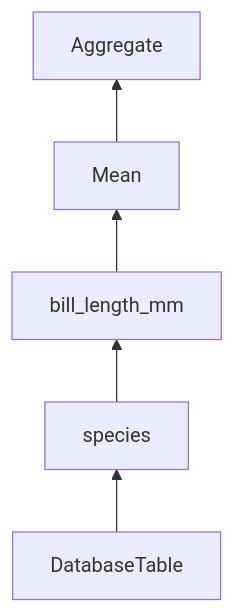
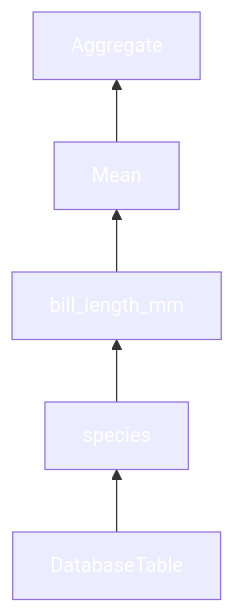
Before and after one commit to ibis-project/ibis: the second of 5 diagrams in docs/presentations/linkedin-meetup-2024-04-24.qmd, drawn with Mermaid. The commit also changed other lines of this file and 5 other files, not shown here.

````diff
--- a/docs/presentations/linkedin-meetup-2024-04-24.qmd
+++ b/docs/presentations/linkedin-meetup-2024-04-24.qmd
@@ -450,7 +444,16 @@
 ```{mermaid}
 graph BT
+  classDef white color:white;
+
   DatabaseTable2[DatabaseTable] --> species2[species]
   species2 --> bill_length_mm2[bill_length_mm]
   bill_length_mm2 --> Mean2[Mean]
   Mean2 --> Aggregate2[Aggregate]
+
+  %% style
+  class DatabaseTable2 white;
+  class species2 white;
+  class bill_length_mm2 white;
+  class Mean2 white;
+  class Aggregate2 white;
 ```
````
